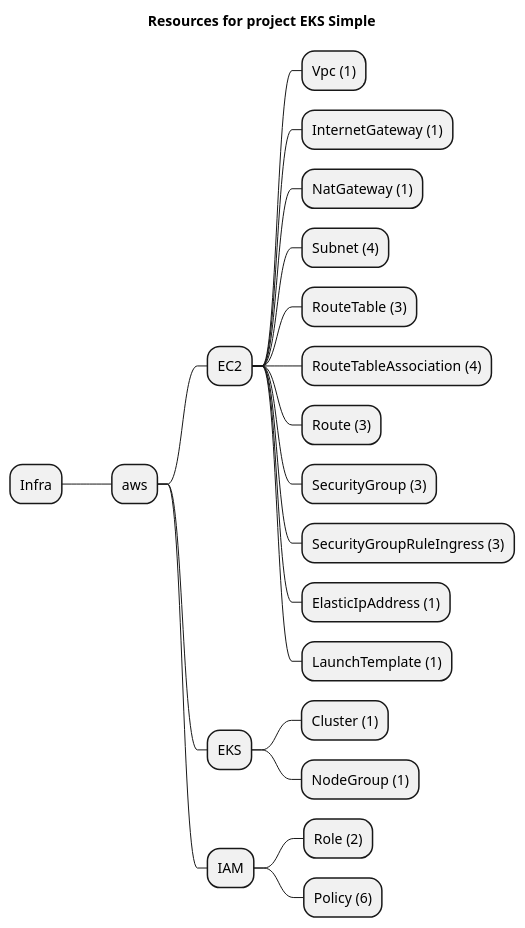
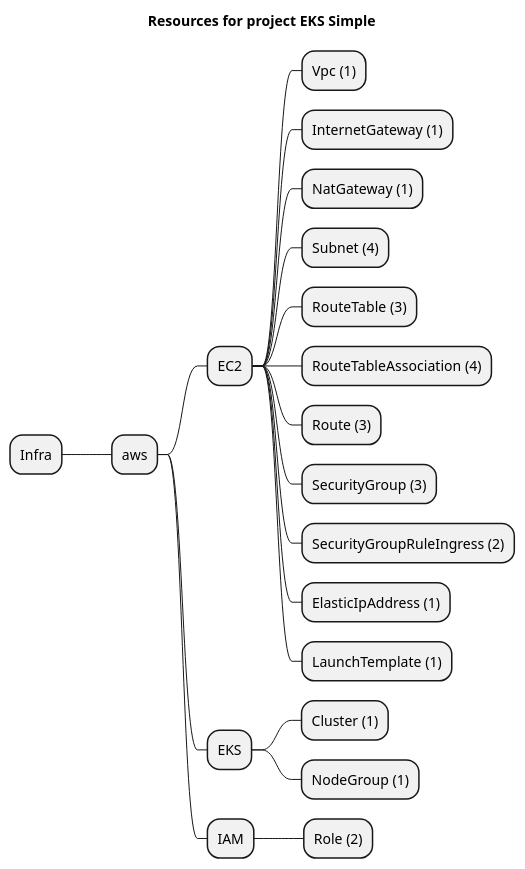
Before and after one commit to grucloud/grucloud: the diagram in examples/aws/EKS/eks-simple/artifacts/resources-mindmap.puml, drawn with PlantUML. The commit also changed 969 other files, not shown here.

```diff
--- a/examples/aws/EKS/eks-simple/artifacts/resources-mindmap.puml
+++ b/examples/aws/EKS/eks-simple/artifacts/resources-mindmap.puml
@@ -1,24 +1,23 @@
 @startmindmap
 title Resources for project EKS Simple
 skinparam monochrome true
 + Infra
 ++ aws
 +++ EC2
 ++++ Vpc (1)
 ++++ InternetGateway (1)
 ++++ NatGateway (1)
 ++++ Subnet (4)
 ++++ RouteTable (3)
 ++++ RouteTableAssociation (4)
 ++++ Route (3)
 ++++ SecurityGroup (3)
-++++ SecurityGroupRuleIngress (3)
+++++ SecurityGroupRuleIngress (2)
 ++++ ElasticIpAddress (1)
 ++++ LaunchTemplate (1)
 +++ EKS
 ++++ Cluster (1)
 ++++ NodeGroup (1)
 +++ IAM
 ++++ Role (2)
-++++ Policy (6)
 @endmindmap
```
